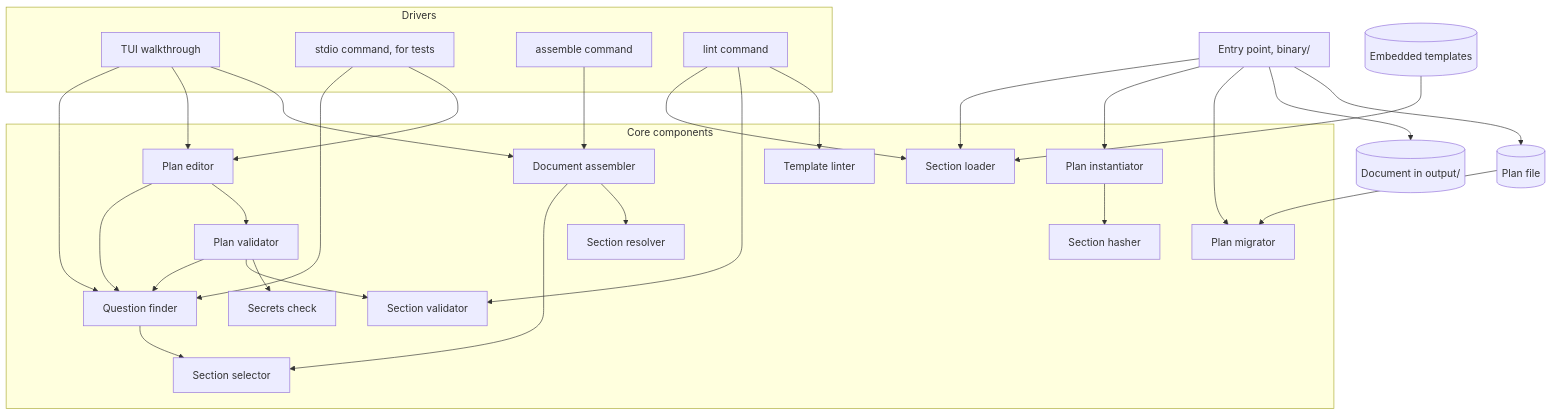
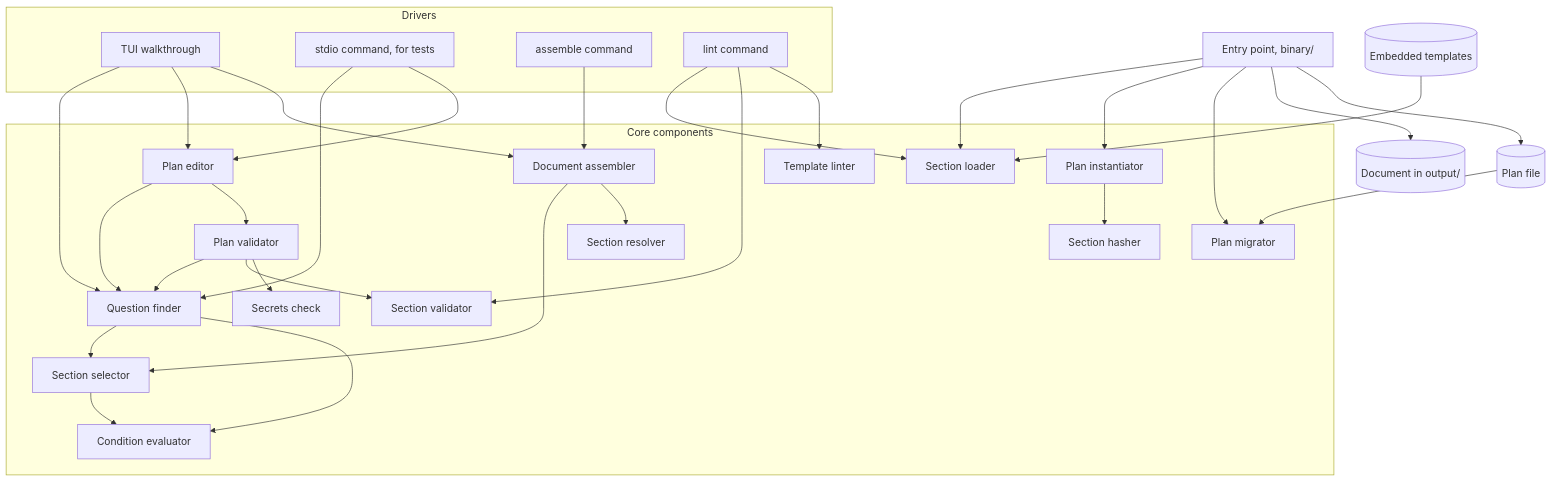
One commit to 8thlight-daveloper/onboard-kit changed the diagram in docs/architecture/components.md. Above: the diagram before and after it, drawn with Mermaid. The commit also changed other lines of this file and 17 other files, not shown here.

Commit message:
Replace appliesTo with includeIf, add the condition evaluator, and decide that variants never override

````diff
--- a/docs/architecture/components.md
+++ b/docs/architecture/components.md
@@ -9,60 +9,63 @@
 ```mermaid
 flowchart TB
     subgraph drivers["Drivers"]
         tui["TUI walkthrough"]
         stdio["stdio command, for tests"]
         assemble_command["assemble command"]
         lint_command["lint command"]
     end
 
     entry["Entry point, binary/"]
 
     subgraph core["Core components"]
         finder["Question finder"]
         validator["Plan validator"]
         editor["Plan editor"]
         assembler["Document assembler"]
         instantiator["Plan instantiator"]
         migrator["Plan migrator"]
         loader["Section loader"]
         selector["Section selector"]
+        evaluator["Condition evaluator"]
         resolver["Section resolver"]
         hasher["Section hasher"]
         sectionvalidator["Section validator"]
         linter["Template linter"]
         secrets["Secrets check"]
     end
 
     templates[("Embedded templates")]
     planfile[("Plan file")]
     document[("Document in output/")]
 
     tui --> finder
     tui --> editor
     tui --> assembler
     stdio --> finder
     stdio --> editor
     assemble_command --> assembler
     lint_command --> loader
     lint_command --> sectionvalidator
     lint_command --> linter
 
     finder --> selector
+    finder --> evaluator
+    selector --> evaluator
     validator --> finder
     validator --> sectionvalidator
     validator --> secrets
     editor --> finder
     editor --> validator
     assembler --> selector
     assembler --> resolver
     instantiator --> hasher
 
     entry --> loader
     entry --> instantiator
     entry --> migrator
 
     templates --> loader
     planfile --> migrator
     entry --> document
     entry --> planfile
 ```
````
